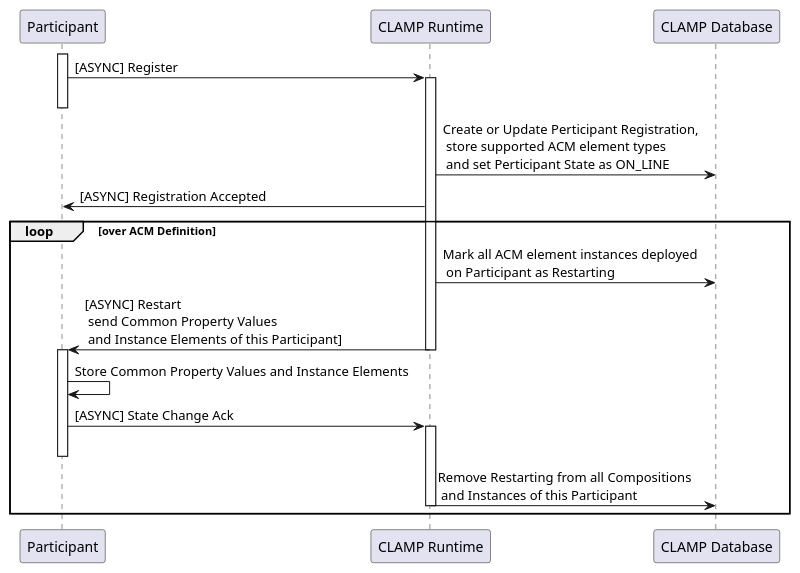
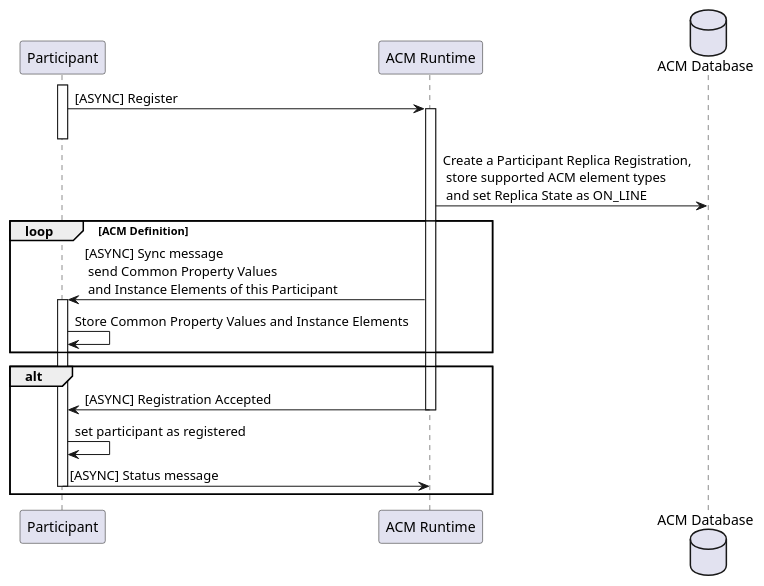
One commit to onap/policy-parent changed the diagram in docs/clamp/acm/api-protocol/puml/ParticipantRegister.puml. Above: the diagram before and after it, drawn with PlantUML. The commit also changed 40 other files, not shown here.

First line of the commit message:
Add sync message in system dialogs in docs

```diff
--- a/docs/clamp/acm/api-protocol/puml/ParticipantRegister.puml
+++ b/docs/clamp/acm/api-protocol/puml/ParticipantRegister.puml
@@ -1,20 +1,24 @@
 @startuml
+
+participant Participant
+participant "ACM Runtime"
+database "ACM Database"
+
 activate Participant
-  Participant -> "CLAMP Runtime": [ASYNC] Register
-activate "CLAMP Runtime"
+  Participant -> "ACM Runtime": [ASYNC] Register
+activate "ACM Runtime"
 deactivate Participant
-  "CLAMP Runtime" -> "CLAMP Database": Create or Update Perticipant Registration,\n store supported ACM element types \n and set Perticipant State as ON_LINE
-  "CLAMP Runtime" -> Participant: [ASYNC] Registration Accepted
-  loop over ACM Definition
-	  "CLAMP Runtime" -> "CLAMP Database": Mark all ACM element instances deployed\n on Participant as Restarting
-    "CLAMP Runtime" -> Participant: [ASYNC] Restart\n send Common Property Values\n and Instance Elements of this Participant]
-deactivate "CLAMP Runtime"
+  "ACM Runtime" -> "ACM Database": Create a Participant Replica Registration,\n store supported ACM element types \n and set Replica State as ON_LINE
+  loop ACM Definition
+    "ACM Runtime" -> Participant: [ASYNC] Sync message\n send Common Property Values\n and Instance Elements of this Participant
 activate Participant
-Participant -> Participant: Store Common Property Values and Instance Elements
-Participant -> "CLAMP Runtime": [ASYNC] State Change Ack
-activate "CLAMP Runtime"
+    Participant -> Participant: Store Common Property Values and Instance Elements
+  end loop
+  alt
+  "ACM Runtime" -> Participant: [ASYNC] Registration Accepted
+deactivate "ACM Runtime"
+Participant -> Participant:  set participant as registered
+Participant -> "ACM Runtime": [ASYNC] Status message
 deactivate Participant
-  "CLAMP Runtime" -> "CLAMP Database": Remove Restarting from all Compositions \n and Instances of this Participant
-deactivate "CLAMP Runtime"
-  end
+end
 @enduml
```
